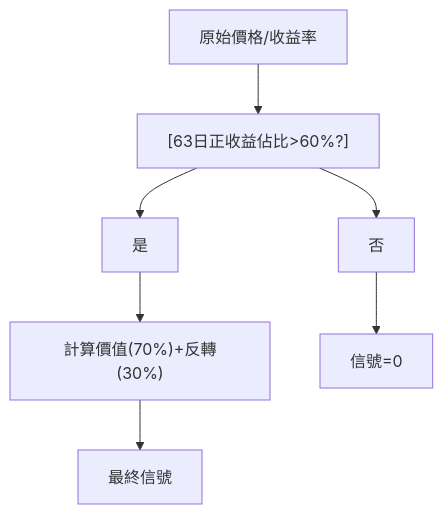
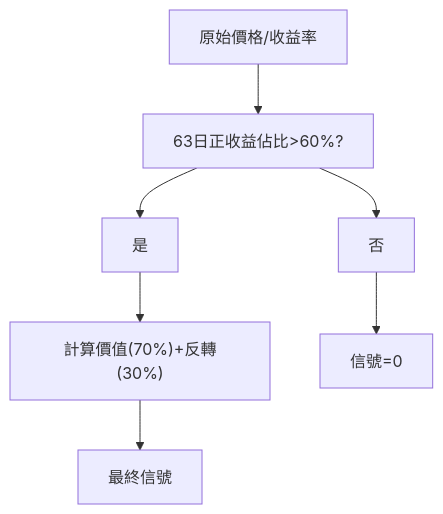
Before and after one commit to sou350121/Trading-Handbook: the diagram in foundations/factor-mining/unicorn-edge.md, drawn with Mermaid. The commit also changed 191 other files, not shown here.

First line of the commit message:
render: fix math + mermaid for GitHub across the corpus (188 pages)

````diff
--- a/foundations/factor-mining/unicorn-edge.md
+++ b/foundations/factor-mining/unicorn-edge.md
@@ -30,9 +30,9 @@
 ```mermaid
 flowchart TD
-    A["原始價格/收益率"] --> B["[63日正收益佔比>60%?]"]
+    A["原始價格/收益率"] --> B["63日正收益佔比&gt;60%?"]
     B --> C["是"]
     C --> D["計算價值(70%)+反轉(30%)"]
     D --> E["最終信號"]
     B --> F["否"]
     F --> G["信號=0"]
 ```
````
